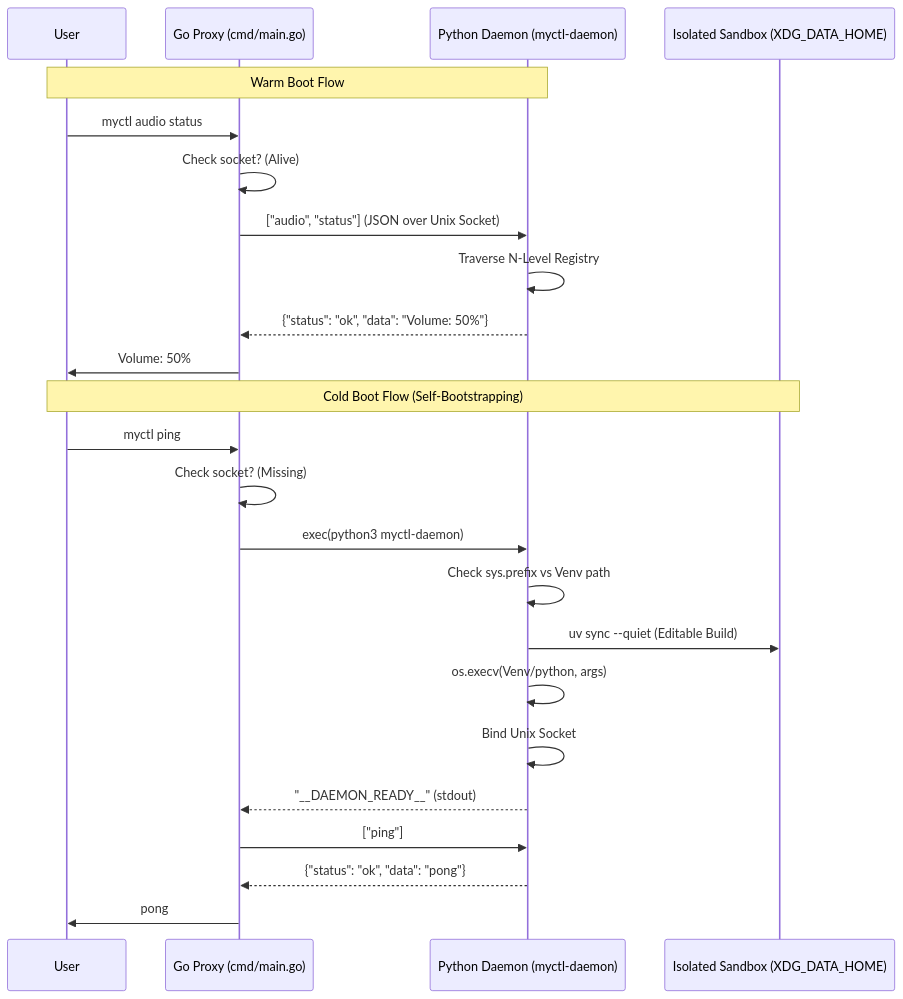
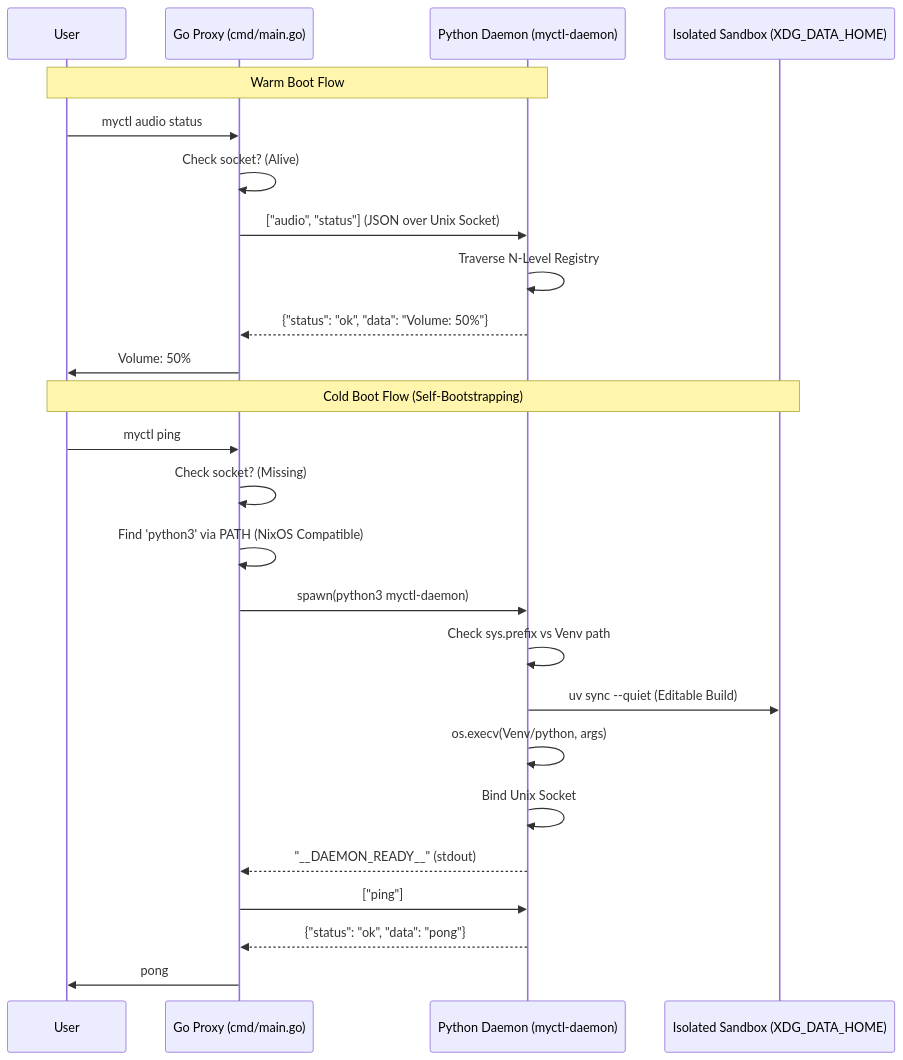
The diagram in docs/md/architecture.md (mydehq/MyCTL-Next), drawn with Mermaid before and after one commit. The commit also changed other lines of this file and 2 other files, not shown here.

Commit message:
docs: detail dynamic Python discovery and NixOS compatibility

````diff
--- a/docs/md/architecture.md
+++ b/docs/md/architecture.md
@@ -15,28 +15,29 @@
 ```mermaid
 sequenceDiagram
     participant User
     participant Go as Go Proxy (cmd/main.go)
     participant Daemon as Python Daemon (myctl-daemon)
     participant Venv as Isolated Sandbox (XDG_DATA_HOME)
 
     Note over User, Daemon: Warm Boot Flow
     User->>Go: myctl audio status
     Go->>Go: Check socket? (Alive)
     Go->>Daemon: ["audio", "status"] (JSON over Unix Socket)
     Daemon->>Daemon: Traverse N-Level Registry
     Daemon-->>Go: {"status": "ok", "data": "Volume: 50%"}
     Go->>User: Volume: 50%
 
     Note over User, Venv: Cold Boot Flow (Self-Bootstrapping)
     User->>Go: myctl ping
     Go->>Go: Check socket? (Missing)
-    Go->>Daemon: exec(python3 myctl-daemon)
+    Go->>Go: Find 'python3' via PATH (NixOS Compatible)
+    Go->>Daemon: spawn(python3 myctl-daemon)
     Daemon->>Daemon: Check sys.prefix vs Venv path
     Daemon->>Venv: uv sync --quiet (Editable Build)
     Daemon->>Daemon: os.execv(Venv/python, args)
     Daemon->>Daemon: Bind Unix Socket
     Daemon-->>Go: "__DAEMON_READY__" (stdout)
     Go->>Daemon: ["ping"]
     Daemon-->>Go: {"status": "ok", "data": "pong"}
     Go->>User: pong
 ```
````
